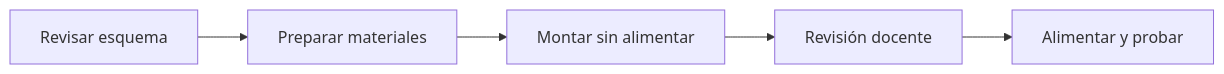
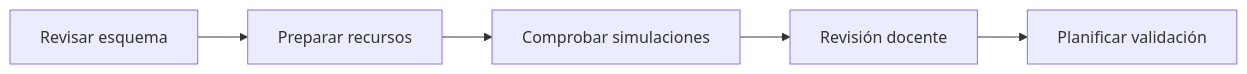
The diagram in 03-sesiones/sesion-18-montaje-fisico-i/README.md (martaprof/proyecto-ejemplificativo), drawn with Mermaid before and after one commit. The commit also changed other lines of this file and 72 other files, not shown here.

````diff
--- a/03-sesiones/sesion-18-montaje-fisico-i/README.md
+++ b/03-sesiones/sesion-18-montaje-fisico-i/README.md
@@ -29,7 +29,7 @@
 ```mermaid
 flowchart LR
-    A["Revisar esquema"] --> B["Preparar materiales"]
-    B --> C["Montar sin alimentar"]
+    A["Revisar esquema"] --> B["Preparar recursos"]
+    B --> C["Comprobar simulaciones"]
     C --> D["Revisión docente"]
-    D --> E["Alimentar y probar"]
+    D --> E["Planificar validación"]
 ```
````
